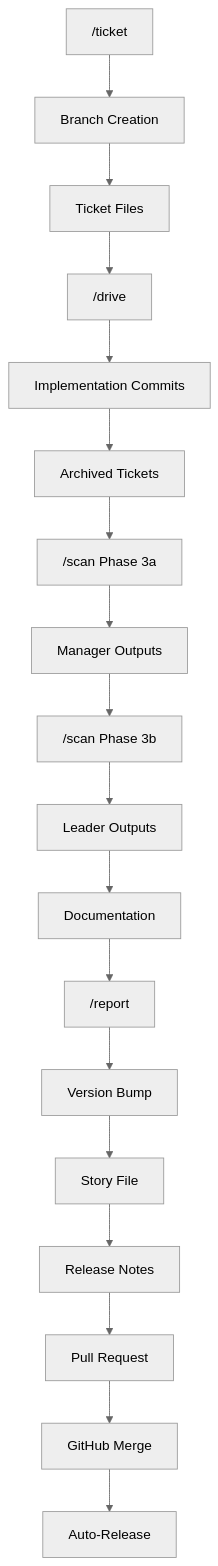
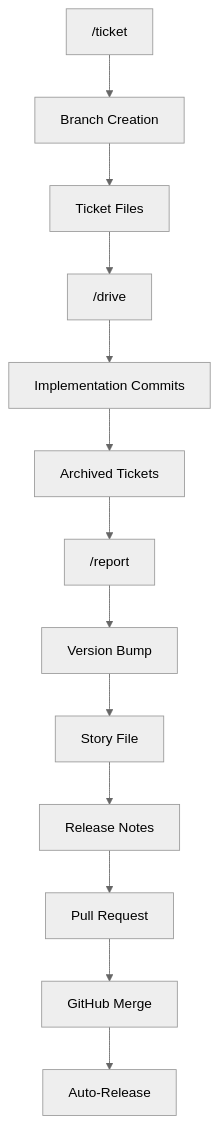
Before and after one commit to qmu/workaholic: the sixth of 7 diagrams in .workaholic/specs/feature.md, drawn with Mermaid (neutral theme). The commit also changed other lines of this file and 12 other files, not shown here.

````diff
--- a/.workaholic/specs/feature.md
+++ b/.workaholic/specs/feature.md
@@ -463,20 +397,15 @@
 ```mermaid
 flowchart TD
     A["/ticket"] --> B[Branch Creation]
     B --> C[Ticket Files]
     C --> D["/drive"]
     D --> E[Implementation Commits]
     E --> F[Archived Tickets]
-    F --> G["/scan Phase 3a"]
-    G --> H[Manager Outputs]
-    H --> I["/scan Phase 3b"]
-    I --> J[Leader Outputs]
-    J --> K[Documentation]
-    K --> L["/report"]
+    F --> L["/report"]
     L --> M[Version Bump]
     M --> N[Story File]
     N --> O[Release Notes]
     O --> P[Pull Request]
     P --> Q[GitHub Merge]
     Q --> R["Auto-Release"]
 ```
````
